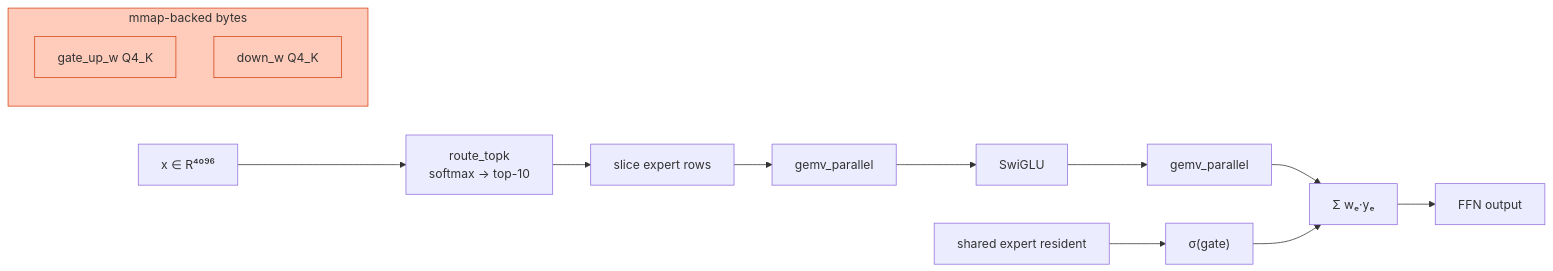
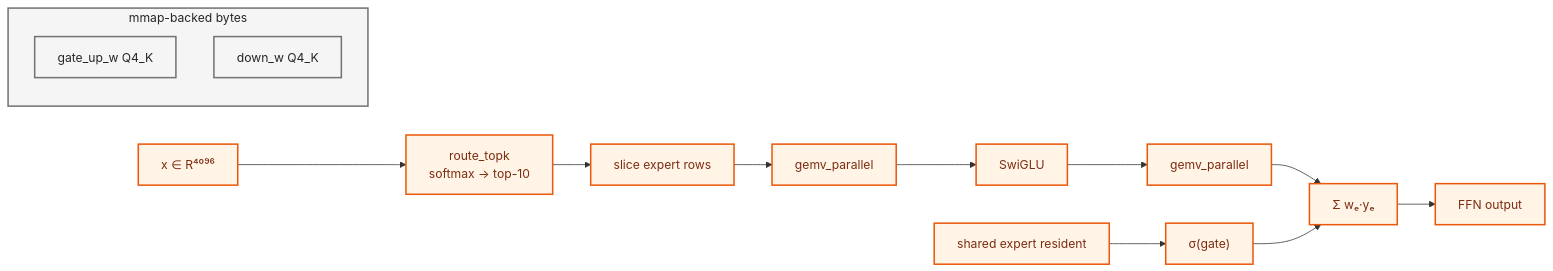
Before and after one commit to Shindevrp/qwen3-5-397b-in-rust: the sixth of 7 diagrams in README.md, drawn with Mermaid. The commit also changed other lines of this file, not shown here.

First line of the commit message:
docs: normalize remaining Mermaid diagrams to semantic color palette

````diff
--- a/README.md
+++ b/README.md
@@ -295,19 +299,21 @@
 ```mermaid
 flowchart LR
     X["x ∈ R⁴⁰⁹⁶"] --> RT["route_topk<br/>softmax → top-10"]
     RT --> SL["slice expert rows"]
     subgraph MM["mmap-backed bytes"]
         GU["gate_up_w Q4_K"]
         DN["down_w Q4_K"]
     end
     SL --> GV1["gemv_parallel"]
     GV1 --> SW["SwiGLU"]
     SW --> GV2["gemv_parallel"]
     GV2 --> WS["Σ wₑ·yₑ"]
     SH["shared expert resident"] --> GA["σ(gate)"]
     GA --> WS
     WS --> OUT["FFN output"]
 
-    classDef mmap fill:#ffccbc,stroke:#d84315;
-    class MM,GU,DN mmap;
+    classDef model fill:#FFF4E6,stroke:#EA580C,stroke-width:2px,color:#7C2D12;
+    classDef shared fill:#F5F5F5,stroke:#737373,stroke-width:2px,color:#262626;
+    class X,RT,SL,GV1,SW,GV2,WS,SH,GA,OUT model;
+    class MM,GU,DN shared;
 ```
````
